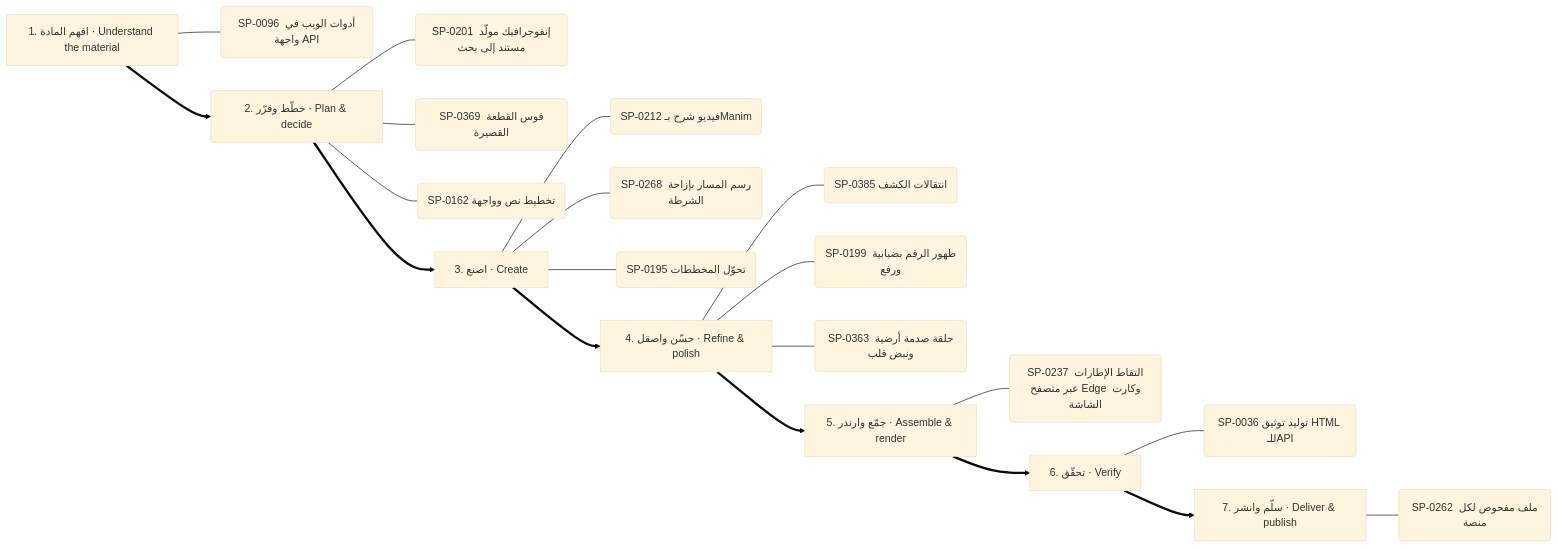
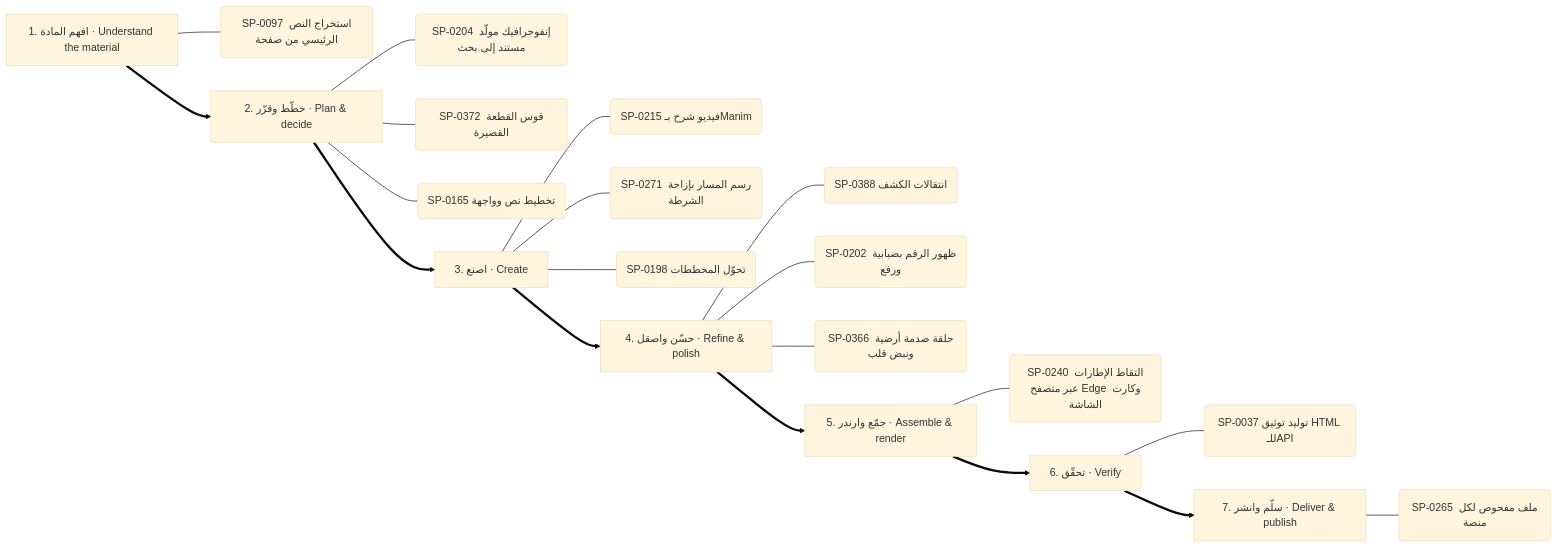
The fifth of 13 diagrams in .claude/skills/kosif-superpowers/references/capability-mindmap.md (kosif199022-jpg/kosif-tool), drawn with Mermaid (base theme) before and after one commit. The commit also changed other lines of this file and 46 other files, not shown here.

````diff
--- a/.claude/skills/kosif-superpowers/references/capability-mindmap.md
+++ b/.claude/skills/kosif-superpowers/references/capability-mindmap.md
@@ -273,29 +272,29 @@
 ```mermaid
 flowchart LR
   S0["1. افهم المادة · Understand the material"]
-  S0 --- S0_0("SP-0096 أدوات الويب في واجهة API")
+  S0 --- S0_0("SP-0097 استخراج النص الرئيسي من صفحة")
   S1["2. خطّط وقرّر · Plan & decide"]
-  S1 --- S1_0("SP-0201 إنفوجرافيك مولَّد مستند إلى بحث")
-  S1 --- S1_1("SP-0369 قوس القطعة القصيرة")
-  S1 --- S1_2("SP-0162 تخطيط نص وواجهة")
+  S1 --- S1_0("SP-0204 إنفوجرافيك مولَّد مستند إلى بحث")
+  S1 --- S1_1("SP-0372 قوس القطعة القصيرة")
+  S1 --- S1_2("SP-0165 تخطيط نص وواجهة")
   S0 ==> S1
   S2["3. اصنع · Create"]
-  S2 --- S2_0("SP-0212 فيديو شرح بـManim")
-  S2 --- S2_1("SP-0268 رسم المسار بإزاحة الشرطة")
-  S2 --- S2_2("SP-0195 تحوّل المخططات")
+  S2 --- S2_0("SP-0215 فيديو شرح بـManim")
+  S2 --- S2_1("SP-0271 رسم المسار بإزاحة الشرطة")
+  S2 --- S2_2("SP-0198 تحوّل المخططات")
   S1 ==> S2
   S3["4. حسّن واصقل · Refine & polish"]
-  S3 --- S3_0("SP-0385 انتقالات الكشف")
-  S3 --- S3_1("SP-0199 ظهور الرقم بضبابية ورفع")
-  S3 --- S3_2("SP-0363 حلقة صدمة أرضية ونبض قلب")
+  S3 --- S3_0("SP-0388 انتقالات الكشف")
+  S3 --- S3_1("SP-0202 ظهور الرقم بضبابية ورفع")
+  S3 --- S3_2("SP-0366 حلقة صدمة أرضية ونبض قلب")
   S2 ==> S3
   S4["5. جمّع وارندر · Assemble & render"]
-  S4 --- S4_0("SP-0237 التقاط الإطارات عبر متصفح Edge وكارت الشاشة")
+  S4 --- S4_0("SP-0240 التقاط الإطارات عبر متصفح Edge وكارت الشاشة")
   S3 ==> S4
   S5["6. تحقّق · Verify"]
-  S5 --- S5_0("SP-0036 توليد توثيق HTML للـAPI")
+  S5 --- S5_0("SP-0037 توليد توثيق HTML للـAPI")
   S4 ==> S5
   S6["7. سلّم وانشر · Deliver & publish"]
-  S6 --- S6_0("SP-0262 ملف مفحوص لكل منصة")
+  S6 --- S6_0("SP-0265 ملف مفحوص لكل منصة")
   S5 ==> S6
 ```
````
